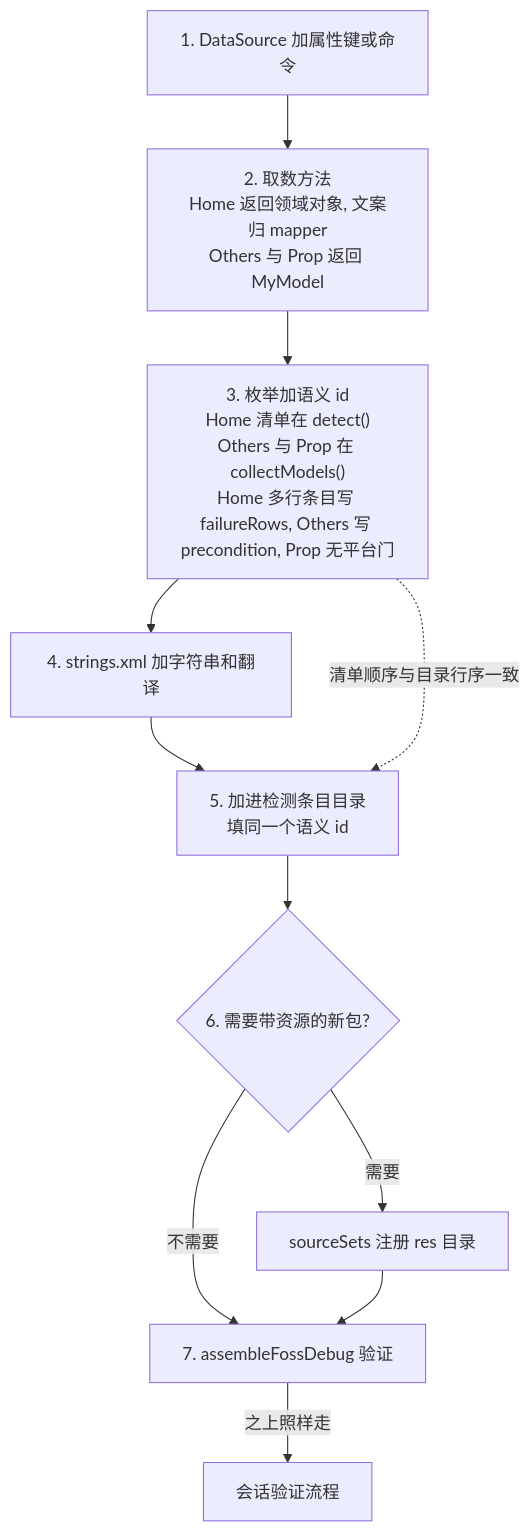
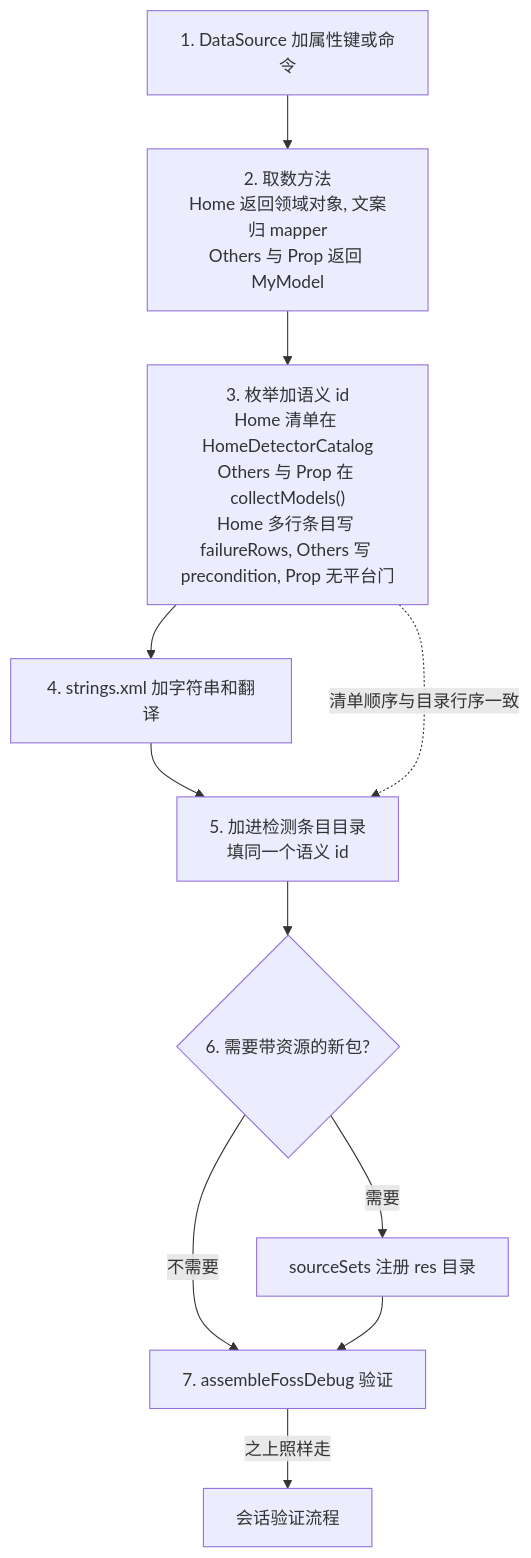
The diagram in docs/agents-cn/06-检测条目.md (imknown/AndroidLowLevelDetector), drawn with Mermaid before and after one commit. The commit also changed other lines of this file and 8 other files, not shown here.

First line of the commit message:
docs(spec): record subtask-06 as a rewrite, and true the architecture and issue texts up

````diff
--- a/docs/agents-cn/06-检测条目.md
+++ b/docs/agents-cn/06-检测条目.md
@@ -45,13 +45,13 @@
 ```mermaid
 flowchart TD
     S1["1. DataSource 加属性键或命令"] --> S2["2. 取数方法<br>Home 返回领域对象, 文案归 mapper<br>Others 与 Prop 返回 MyModel"]
-    S2 --> S3["3. 枚举加语义 id<br>Home 清单在 detect()<br>Others 与 Prop 在 collectModels()<br>Home 多行条目写 failureRows, Others 写 precondition, Prop 无平台门"]
+    S2 --> S3["3. 枚举加语义 id<br>Home 清单在 HomeDetectorCatalog<br>Others 与 Prop 在 collectModels()<br>Home 多行条目写 failureRows, Others 写 precondition, Prop 无平台门"]
     S3 --> S4["4. strings.xml 加字符串和翻译"]
     S4 --> S5["5. 加进检测条目目录<br>填同一个语义 id"]
     S3 -. "清单顺序与目录行序一致" .-> S5
     S5 --> S6{"6. 需要带资源的新包?"}
     S6 -- 需要 --> R["sourceSets 注册 res 目录"]
     S6 -- 不需要 --> S7["7. assembleFossDebug 验证"]
     R --> S7
     S7 -- "之上照样走" --> V["会话验证流程"]
 ```
````
